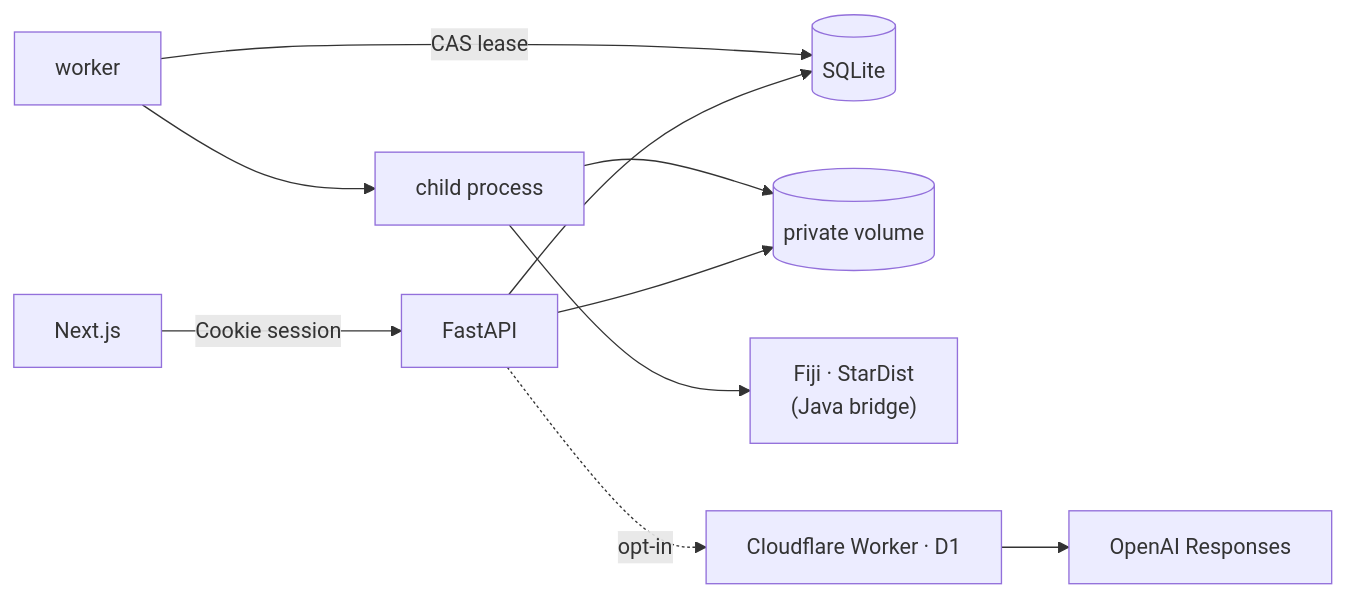
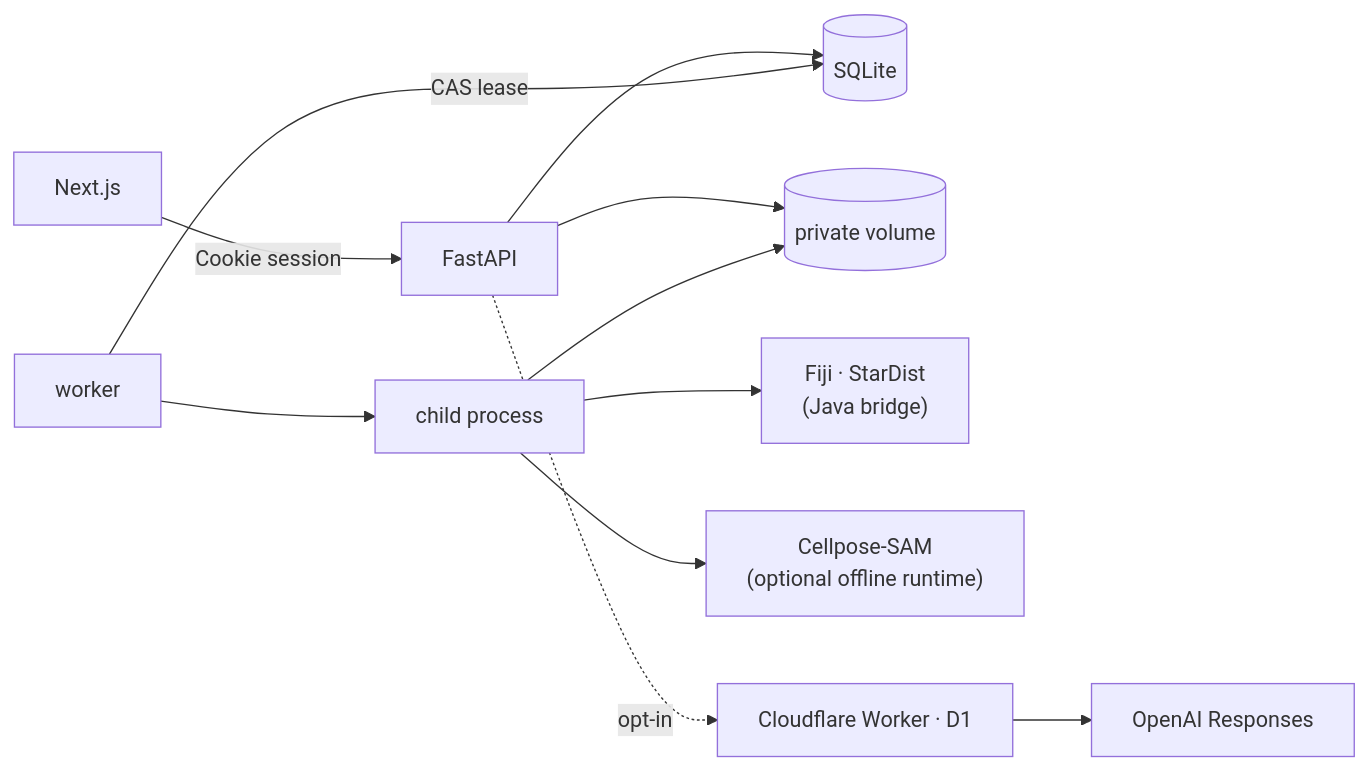
One commit to genellect/cytellect changed the diagram in README.md. Above: the diagram before and after it, drawn with Mermaid. The commit also changed other lines of this file and 67 other files, not shown here.

````diff
--- a/README.md
+++ b/README.md
@@ -13,11 +13,12 @@
 ```mermaid
 flowchart LR
     Web["Next.js"] -->|Cookie session| API["FastAPI"]
     API --> DB[("SQLite")]
     API --> Files[("private volume")]
     Worker["worker"] -->|CAS lease| DB
     Worker --> Child["child process"]
     Child --> Fiji["Fiji · StarDist<br/>(Java bridge)"]
+    Child --> Cellpose["Cellpose-SAM<br/>(optional offline runtime)"]
     Child --> Files
     API -. opt-in .-> Relay["Cloudflare Worker · D1"] --> OpenAI["OpenAI Responses"]
 ```
````
